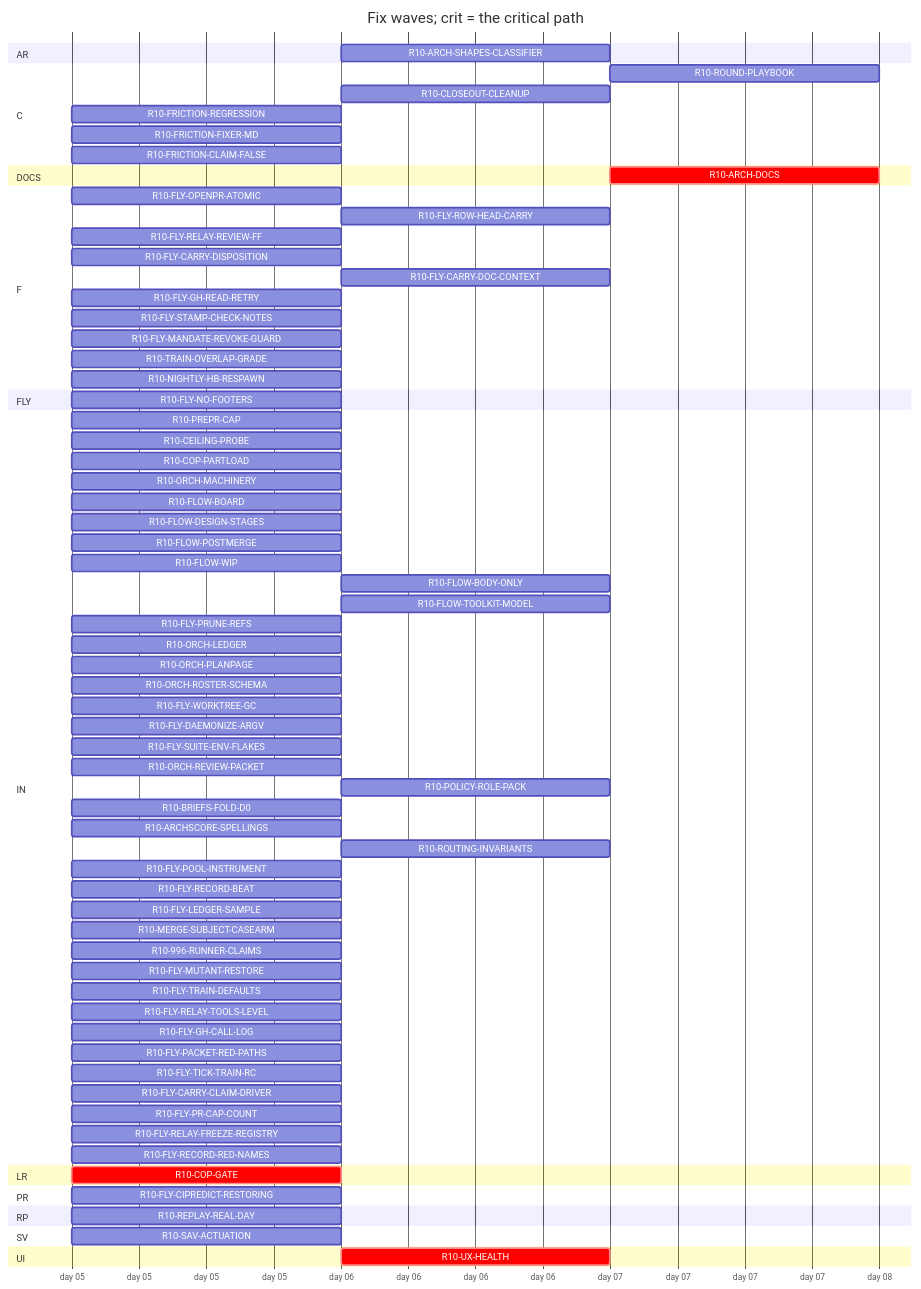
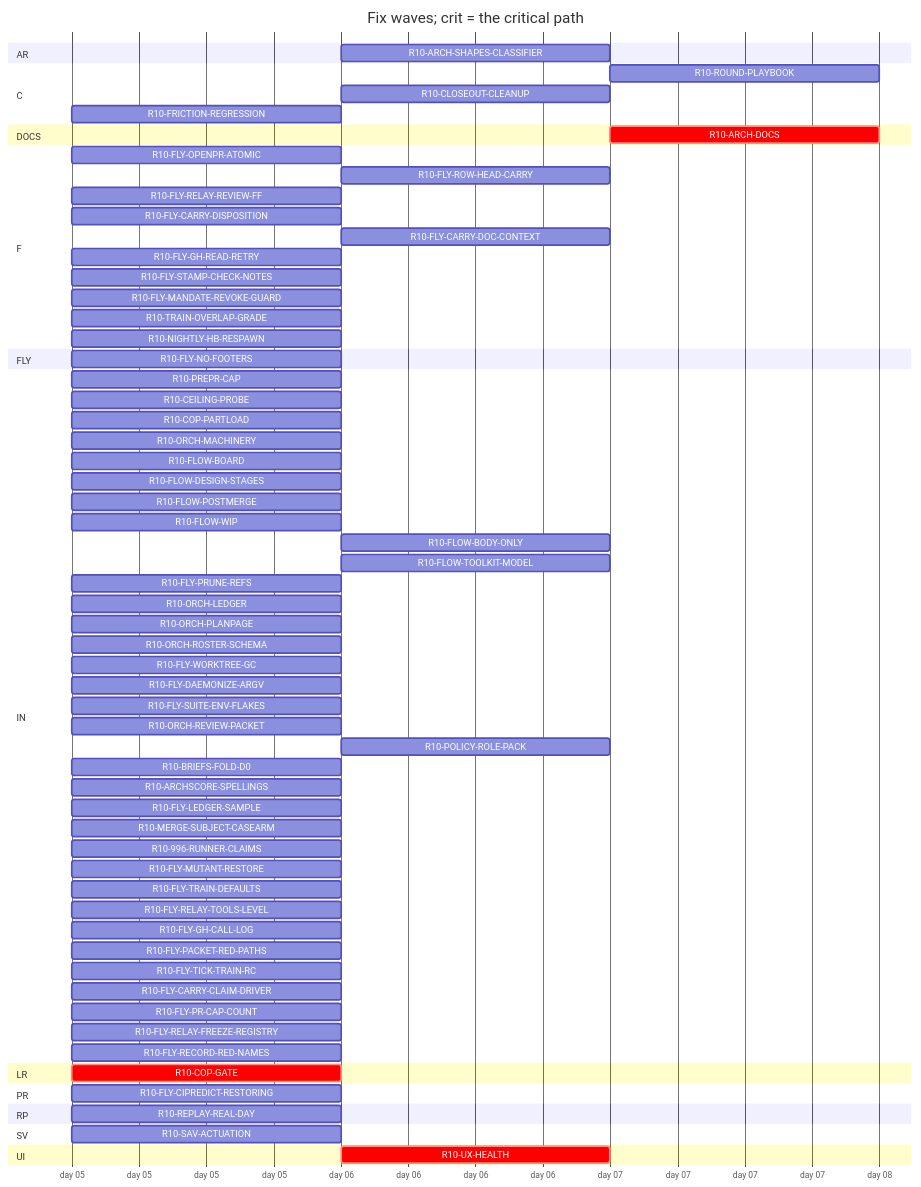
Before and after one commit to tvofi/heatpump_optimizer: the diagram in handoff/round10/state/PLAN-TABLE.md, drawn with Mermaid. The commit also changed other lines of this file and 3 other files, not shown here.

Commit message:
state: FLOW-BOARD.md, NEXT-SESSION-PROMPT.md, PLAN-TABLE.md, RESUME-CURRENT.md regenerated (state_docs.py)

````diff
--- a/handoff/round10/state/PLAN-TABLE.md
+++ b/handoff/round10/state/PLAN-TABLE.md
@@ -24,77 +24,72 @@
 ```mermaid
 gantt
   title Fix waves; crit = the critical path
   dateFormat YYYY-MM-DD
   axisFormat day %d
   section AR
     R10-ARCH-SHAPES-CLASSIFIER :r10ARCHSHAPESCLASSIFIER, after r10996RUNNERCLAIMS, 1d
   section C
     R10-ROUND-PLAYBOOK :r10ROUNDPLAYBOOK, after r10ORCHLEDGER r10ORCHPLANPAGE r10FLYRELAYREVIEWFF r10FLOWBODYONLY, 1d
     R10-CLOSEOUT-CLEANUP :r10CLOSEOUTCLEANUP, after r10FLYPRUNEREFS r10FLYWORKTREEGC, 1d
     R10-FRICTION-REGRESSION :r10FRICTIONREGRESSION, 2026-01-05, 1d
-    R10-FRICTION-FIXER-MD :r10FRICTIONFIXERMD, 2026-01-05, 1d
-    R10-FRICTION-CLAIM-FALSE :r10FRICTIONCLAIMFALSE, 2026-01-05, 1d
   section DOCS
     R10-ARCH-DOCS :crit, r10ARCHDOCS, after r10COPGATE r10UXHEALTH r10CEILINGPROBE r10COPPARTLOAD r10FLOWBOARD r10FLOWDESIGNSTAGES r10FLOWPOSTMERGE r10FLOWWIP r10FLOWBODYONLY r10FLYOPENPRATOMIC r10FLYROWHEADCARRY r10FLYRELAYREVIEWFF r10FLYCARRYDISPOSITION r10FLYCARRYDOCCONTEXT r10FLOWTOOLKITMODEL r10FLYSTAMPCHECKNOTES r10FLYMANDATEREVOKEGUARD r10TRAINOVERLAPGRADE r10NIGHTLYHBRESPAWN r10FLYPRUNEREFS r10ORCHLEDGER r10ORCHPLANPAGE r10ORCHROSTERSCHEMA r10FLYWORKTREEGC r10FLYDAEMONIZEARGV r10ORCHREVIEWPACKET r10POLICYROLEPACK r10BRIEFSFOLDD0 r10REPLAYREALDAY r10ARCHSCORESPELLINGS r10SAVACTUATION r10FLYLEDGERSAMPLE, 1d
   section F
     R10-FLY-OPENPR-ATOMIC :r10FLYOPENPRATOMIC, 2026-01-05, 1d
     R10-FLY-ROW-HEAD-CARRY :r10FLYROWHEADCARRY, after r10FLYOPENPRATOMIC, 1d
     R10-FLY-RELAY-REVIEW-FF :r10FLYRELAYREVIEWFF, 2026-01-05, 1d
     R10-FLY-CARRY-DISPOSITION :r10FLYCARRYDISPOSITION, 2026-01-05, 1d
     R10-FLY-CARRY-DOC-CONTEXT :r10FLYCARRYDOCCONTEXT, after r10FLYGHREADRETRY, 1d
     R10-FLY-GH-READ-RETRY :r10FLYGHREADRETRY, 2026-01-05, 1d
     R10-FLY-STAMP-CHECK-NOTES :r10FLYSTAMPCHECKNOTES, 2026-01-05, 1d
     R10-FLY-MANDATE-REVOKE-GUARD :r10FLYMANDATEREVOKEGUARD, 2026-01-05, 1d
     R10-TRAIN-OVERLAP-GRADE :r10TRAINOVERLAPGRADE, 2026-01-05, 1d
     R10-NIGHTLY-HB-RESPAWN :r10NIGHTLYHBRESPAWN, 2026-01-05, 1d
   section FLY
     R10-FLY-NO-FOOTERS :r10FLYNOFOOTERS, 2026-01-05, 1d
   section IN
     R10-PREPR-CAP :r10PREPRCAP, 2026-01-05, 1d
     R10-CEILING-PROBE :r10CEILINGPROBE, 2026-01-05, 1d
     R10-COP-PARTLOAD :r10COPPARTLOAD, 2026-01-05, 1d
     R10-ORCH-MACHINERY :r10ORCHMACHINERY, 2026-01-05, 1d
     R10-FLOW-BOARD :r10FLOWBOARD, 2026-01-05, 1d
     R10-FLOW-DESIGN-STAGES :r10FLOWDESIGNSTAGES, 2026-01-05, 1d
     R10-FLOW-POSTMERGE :r10FLOWPOSTMERGE, 2026-01-05, 1d
     R10-FLOW-WIP :r10FLOWWIP, 2026-01-05, 1d
     R10-FLOW-BODY-ONLY :r10FLOWBODYONLY, after r10FLYOPENPRATOMIC, 1d
     R10-FLOW-TOOLKIT-MODEL :r10FLOWTOOLKITMODEL, after r10ORCHPLANPAGE, 1d
     R10-FLY-PRUNE-REFS :r10FLYPRUNEREFS, 2026-01-05, 1d
     R10-ORCH-LEDGER :r10ORCHLEDGER, 2026-01-05, 1d
     R10-ORCH-PLANPAGE :r10ORCHPLANPAGE, 2026-01-05, 1d
     R10-ORCH-ROSTER-SCHEMA :r10ORCHROSTERSCHEMA, 2026-01-05, 1d
     R10-FLY-WORKTREE-GC :r10FLYWORKTREEGC, 2026-01-05, 1d
     R10-FLY-DAEMONIZE-ARGV :r10FLYDAEMONIZEARGV, 2026-01-05, 1d
     R10-FLY-SUITE-ENV-FLAKES :r10FLYSUITEENVFLAKES, 2026-01-05, 1d
     R10-ORCH-REVIEW-PACKET :r10ORCHREVIEWPACKET, 2026-01-05, 1d
     R10-POLICY-ROLE-PACK :r10POLICYROLEPACK, after r10FLOWDESIGNSTAGES, 1d
     R10-BRIEFS-FOLD-D0 :r10BRIEFSFOLDD0, 2026-01-05, 1d
     R10-ARCHSCORE-SPELLINGS :r10ARCHSCORESPELLINGS, 2026-01-05, 1d
-    R10-ROUTING-INVARIANTS :r10ROUTINGINVARIANTS, after r10ORCHROSTERSCHEMA, 1d
-    R10-FLY-POOL-INSTRUMENT :r10FLYPOOLINSTRUMENT, 2026-01-05, 1d
-    R10-FLY-RECORD-BEAT :r10FLYRECORDBEAT, 2026-01-05, 1d
     R10-FLY-LEDGER-SAMPLE :r10FLYLEDGERSAMPLE, 2026-01-05, 1d
     R10-MERGE-SUBJECT-CASEARM :r10MERGESUBJECTCASEARM, 2026-01-05, 1d
     R10-996-RUNNER-CLAIMS :r10996RUNNERCLAIMS, 2026-01-05, 1d
     R10-FLY-MUTANT-RESTORE :r10FLYMUTANTRESTORE, 2026-01-05, 1d
     R10-FLY-TRAIN-DEFAULTS :r10FLYTRAINDEFAULTS, 2026-01-05, 1d
     R10-FLY-RELAY-TOOLS-LEVEL :r10FLYRELAYTOOLSLEVEL, 2026-01-05, 1d
     R10-FLY-GH-CALL-LOG :r10FLYGHCALLLOG, 2026-01-05, 1d
     R10-FLY-PACKET-RED-PATHS :r10FLYPACKETREDPATHS, 2026-01-05, 1d
     R10-FLY-TICK-TRAIN-RC :r10FLYTICKTRAINRC, 2026-01-05, 1d
     R10-FLY-CARRY-CLAIM-DRIVER :r10FLYCARRYCLAIMDRIVER, 2026-01-05, 1d
     R10-FLY-PR-CAP-COUNT :r10FLYPRCAPCOUNT, 2026-01-05, 1d
     R10-FLY-RELAY-FREEZE-REGISTRY :r10FLYRELAYFREEZEREGISTRY, 2026-01-05, 1d
     R10-FLY-RECORD-RED-NAMES :r10FLYRECORDREDNAMES, 2026-01-05, 1d
   section LR
     R10-COP-GATE :crit, r10COPGATE, 2026-01-05, 1d
   section PR
     R10-FLY-CIPREDICT-RESTORING :r10FLYCIPREDICTRESTORING, 2026-01-05, 1d
   section RP
     R10-REPLAY-REAL-DAY :r10REPLAYREALDAY, 2026-01-05, 1d
   section SV
     R10-SAV-ACTUATION :r10SAVACTUATION, 2026-01-05, 1d
   section UI
     R10-UX-HEALTH :crit, r10UXHEALTH, after r10COPGATE, 1d
 ```
````
